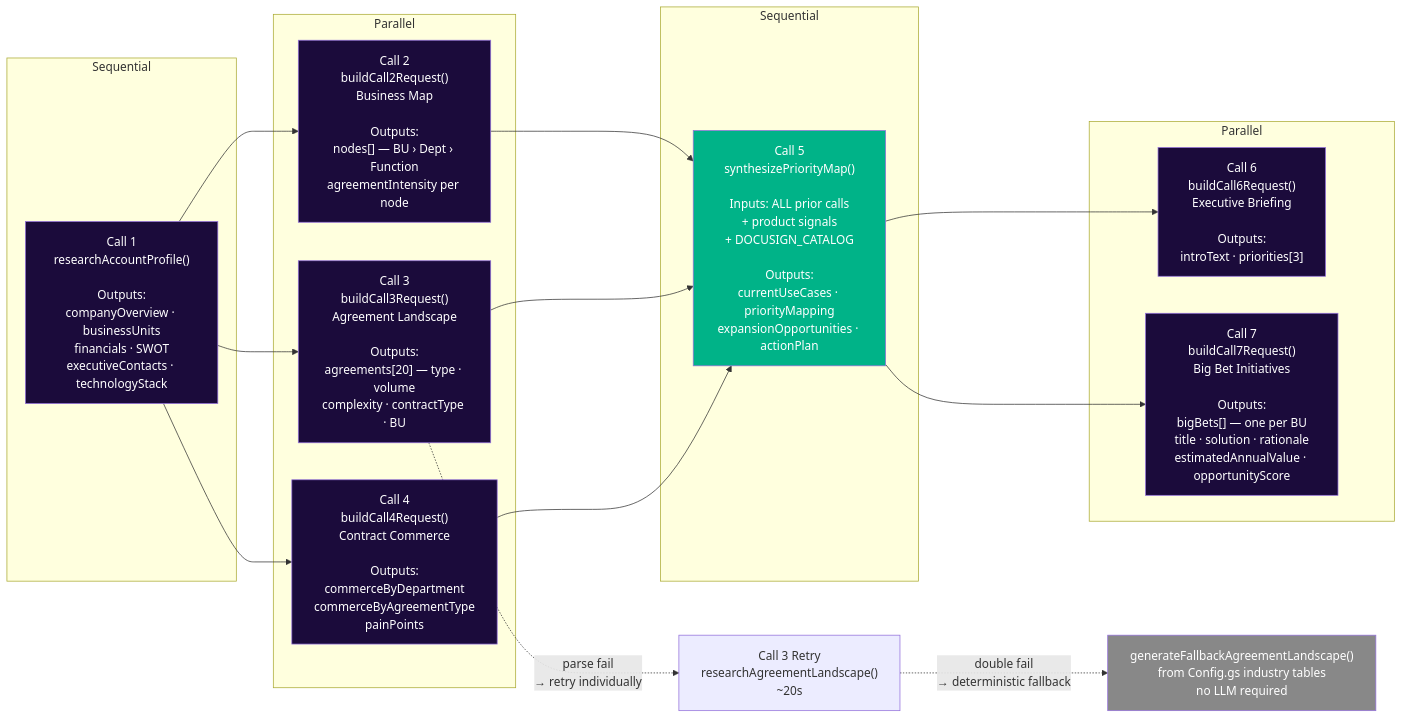
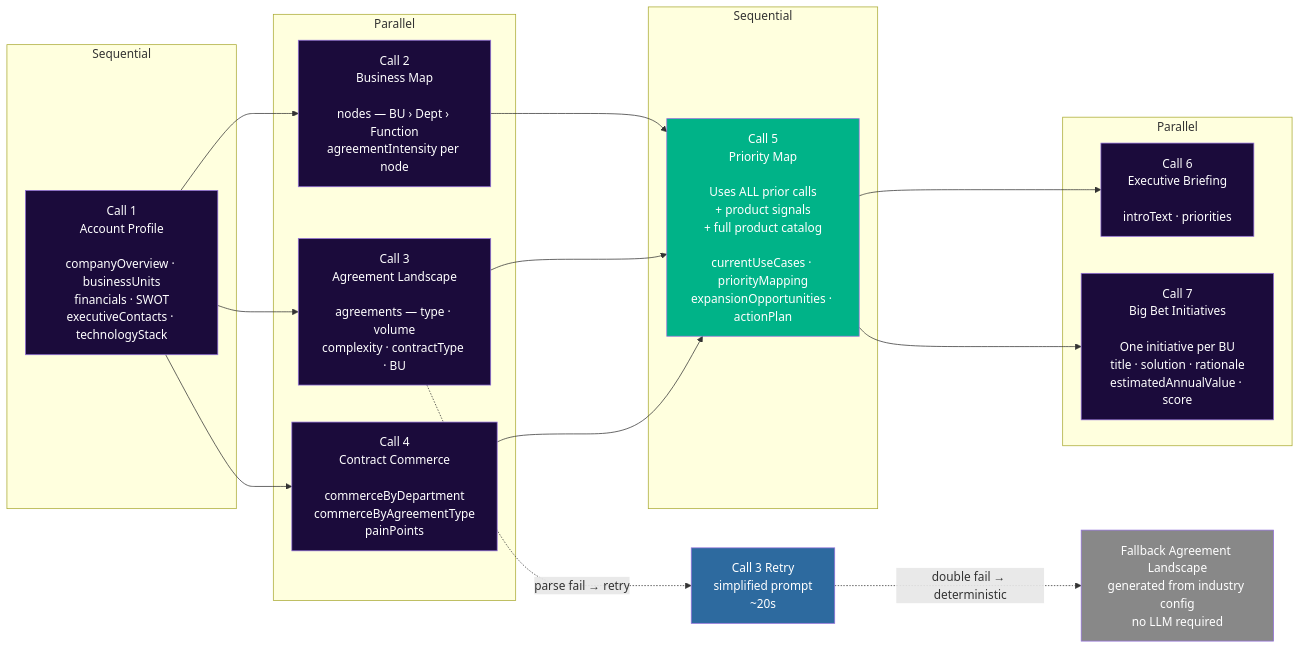
One commit to prsolans/growth-strategy-2026 changed the third of 6 diagrams in README.md. Above: the diagram before and after it, drawn with Mermaid. The commit also changed other lines of this file, not shown here.

Commit message:
Add README with system architecture and pipeline Mermaid diagrams

````diff
--- a/README.md
+++ b/README.md
@@ -85,37 +83,38 @@
 ```mermaid
 flowchart LR
     subgraph S1["Sequential"]
-        C1["Call 1<br/>researchAccountProfile()<br/><br/>Outputs:<br/>companyOverview · businessUnits<br/>financials · SWOT<br/>executiveContacts · technologyStack"]
+        C1["Call 1<br/>Account Profile<br/><br/>companyOverview · businessUnits<br/>financials · SWOT<br/>executiveContacts · technologyStack"]
     end
 
     subgraph P1["Parallel"]
-        C2["Call 2<br/>buildCall2Request()<br/>Business Map<br/><br/>Outputs:<br/>nodes[] — BU › Dept › Function<br/>agreementIntensity per node"]
-        C3["Call 3<br/>buildCall3Request()<br/>Agreement Landscape<br/><br/>Outputs:<br/>agreements[20] — type · volume<br/>complexity · contractType · BU"]
-        C4["Call 4<br/>buildCall4Request()<br/>Contract Commerce<br/><br/>Outputs:<br/>commerceByDepartment<br/>commerceByAgreementType<br/>painPoints"]
+        C2["Call 2<br/>Business Map<br/><br/>nodes — BU › Dept › Function<br/>agreementIntensity per node"]
+        C3["Call 3<br/>Agreement Landscape<br/><br/>agreements — type · volume<br/>complexity · contractType · BU"]
+        C4["Call 4<br/>Contract Commerce<br/><br/>commerceByDepartment<br/>commerceByAgreementType<br/>painPoints"]
     end
 
     subgraph S2["Sequential"]
-        C5["Call 5<br/>synthesizePriorityMap()<br/><br/>Inputs: ALL prior calls<br/>+ product signals<br/>+ DOCUSIGN_CATALOG<br/><br/>Outputs:<br/>currentUseCases · priorityMapping<br/>expansionOpportunities · actionPlan"]
+        C5["Call 5<br/>Priority Map<br/><br/>Uses ALL prior calls<br/>+ product signals<br/>+ full product catalog<br/><br/>currentUseCases · priorityMapping<br/>expansionOpportunities · actionPlan"]
     end
 
     subgraph P2["Parallel"]
-        C6["Call 6<br/>buildCall6Request()<br/>Executive Briefing<br/><br/>Outputs:<br/>introText · priorities[3]"]
-        C7["Call 7<br/>buildCall7Request()<br/>Big Bet Initiatives<br/><br/>Outputs:<br/>bigBets[] — one per BU<br/>title · solution · rationale<br/>estimatedAnnualValue · opportunityScore"]
+        C6["Call 6<br/>Executive Briefing<br/><br/>introText · priorities"]
+        C7["Call 7<br/>Big Bet Initiatives<br/><br/>One initiative per BU<br/>title · solution · rationale<br/>estimatedAnnualValue · score"]
     end
 
     C1 --> C2 & C3 & C4
     C2 & C3 & C4 --> C5
     C5 --> C6 & C7
 
-    C3 -. "parse fail<br/>→ retry individually" .-> C3R["Call 3 Retry<br/>researchAgreementLandscape()<br/>~20s"]
-    C3R -. "double fail<br/>→ deterministic fallback" .-> FB["generateFallbackAgreementLandscape()<br/>from Config.gs industry tables<br/>no LLM required"]
+    C3 -. "parse fail → retry" .-> C3R["Call 3 Retry<br/>simplified prompt<br/>~20s"]
+    C3R -. "double fail → deterministic" .-> FB["Fallback Agreement Landscape<br/>generated from industry config<br/>no LLM required"]
 
-    style C1 fill:#1B0B3B,color:#fff
-    style C2 fill:#1B0B3B,color:#fff
-    style C3 fill:#1B0B3B,color:#fff
-    style C4 fill:#1B0B3B,color:#fff
-    style C5 fill:#00B388,color:#fff
-    style C6 fill:#1B0B3B,color:#fff
-    style C7 fill:#1B0B3B,color:#fff
-    style FB fill:#888,color:#fff
+    style C1 fill:#1B0B3B,color:#ffffff
+    style C2 fill:#1B0B3B,color:#ffffff
+    style C3 fill:#1B0B3B,color:#ffffff
+    style C4 fill:#1B0B3B,color:#ffffff
+    style C5 fill:#00B388,color:#ffffff
+    style C6 fill:#1B0B3B,color:#ffffff
+    style C7 fill:#1B0B3B,color:#ffffff
+    style C3R fill:#2d6a9f,color:#ffffff
+    style FB fill:#888888,color:#ffffff
 ```
````
